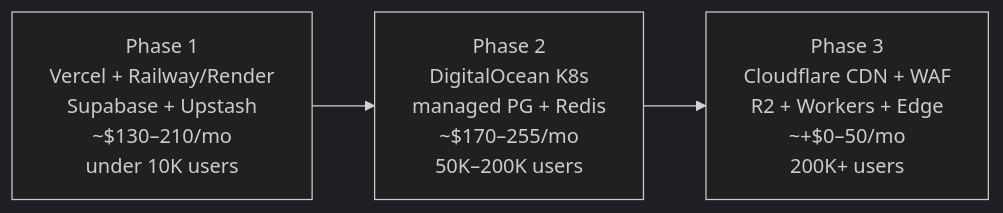
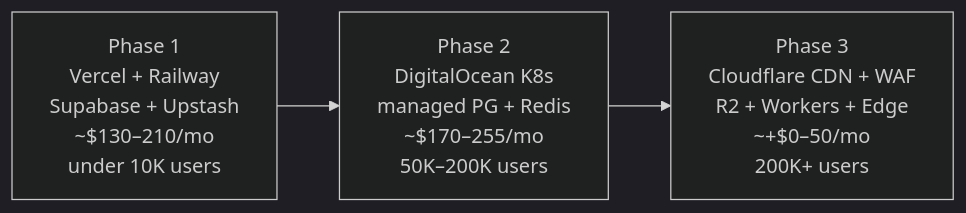
Before and after one commit to xploroshan/jyotryx: diagram 13 of 17 in docs/ARCHITECTURE.md, drawn with Mermaid (dark theme). The commit also changed other lines of this file and 2 other files, not shown here.

````diff
--- a/docs/ARCHITECTURE.md
+++ b/docs/ARCHITECTURE.md
@@ -525,5 +525,5 @@
 ```mermaid
 graph LR
-    P1[Phase 1<br/>Vercel + Railway/Render<br/>Supabase + Upstash<br/>~$130–210/mo<br/>under 10K users] --> P2[Phase 2<br/>DigitalOcean K8s<br/>managed PG + Redis<br/>~$170–255/mo<br/>50K–200K users]
+    P1[Phase 1<br/>Vercel + Railway<br/>Supabase + Upstash<br/>~$130–210/mo<br/>under 10K users] --> P2[Phase 2<br/>DigitalOcean K8s<br/>managed PG + Redis<br/>~$170–255/mo<br/>50K–200K users]
     P2 --> P3[Phase 3<br/>Cloudflare CDN + WAF<br/>R2 + Workers + Edge<br/>~+$0–50/mo<br/>200K+ users]
 ```
````
